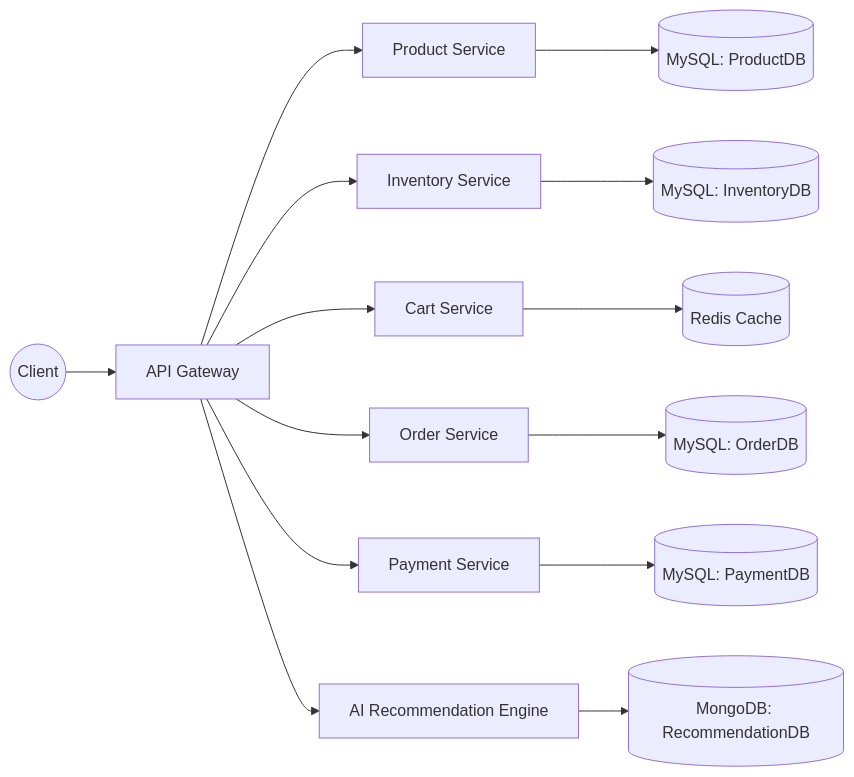
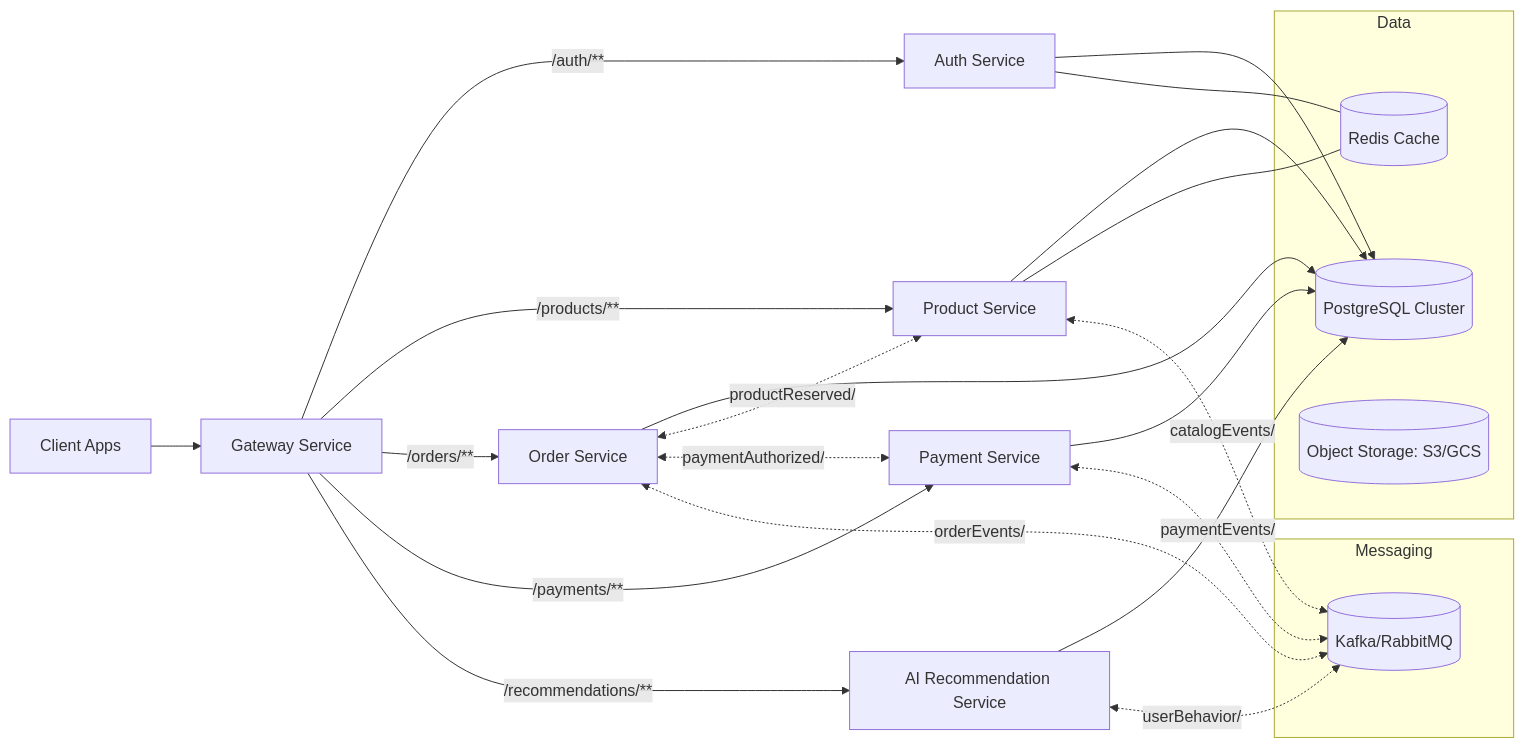
Before and after one commit to shahednur/retail-store-microservice-platform: the first of 4 diagrams in README.md, drawn with Mermaid.

````diff
--- a/README.md
+++ b/README.md
@@ -37,17 +37,34 @@
 ```mermaid
 flowchart LR
-    Client((Client)) --> Gateway[API Gateway]
-    Gateway --> ProductService[Product Service]
-    Gateway --> InventoryService[Inventory Service]
-    Gateway --> CartService[Cart Service]
-    Gateway --> OrderService[Order Service]
-    Gateway --> PaymentService[Payment Service]
-    Gateway --> AIService[AI Recommendation Engine]
+  client[Client Apps] --> gw[Gateway Service]
+  gw -->|/auth/**| auth[Auth Service]
+  gw -->|/products/**| prod[Product Service]
+  gw -->|/orders/**| ord[Order Service]
+  gw -->|/payments/**| pay[Payment Service]
+  gw -->|/recommendations/**| ai[AI Recommendation Service]
 
-    ProductService --> MySQL1[(MySQL: ProductDB)]
-    InventoryService --> MySQL2[(MySQL: InventoryDB)]
-    CartService --> Redis[(Redis Cache)]
-    OrderService --> MySQL3[(MySQL: OrderDB)]
-    PaymentService --> MySQL4[(MySQL: PaymentDB)]
-    AIService --> Mongo[(MongoDB: RecommendationDB)]
+  subgraph Data
+    pg[(PostgreSQL Cluster)]
+    redis[(Redis Cache)]
+    obj[(Object Storage: S3/GCS)]
+  end
+
+  subgraph Messaging
+    kafka[(Kafka/RabbitMQ)]
+  end
+
+  auth --> pg
+  prod --> pg
+  ord --> pg
+  pay --> pg
+  ai --> pg
+  prod --- redis
+  auth --- redis
+
+  ord <-.productReserved/.-> prod
+  ord <-.paymentAuthorized/.-> pay
+  ord <-.orderEvents/.-> kafka
+  pay <-.paymentEvents/.-> kafka
+  prod <-.catalogEvents/.-> kafka
+  ai <-.userBehavior/.-> kafka
 ```
````
